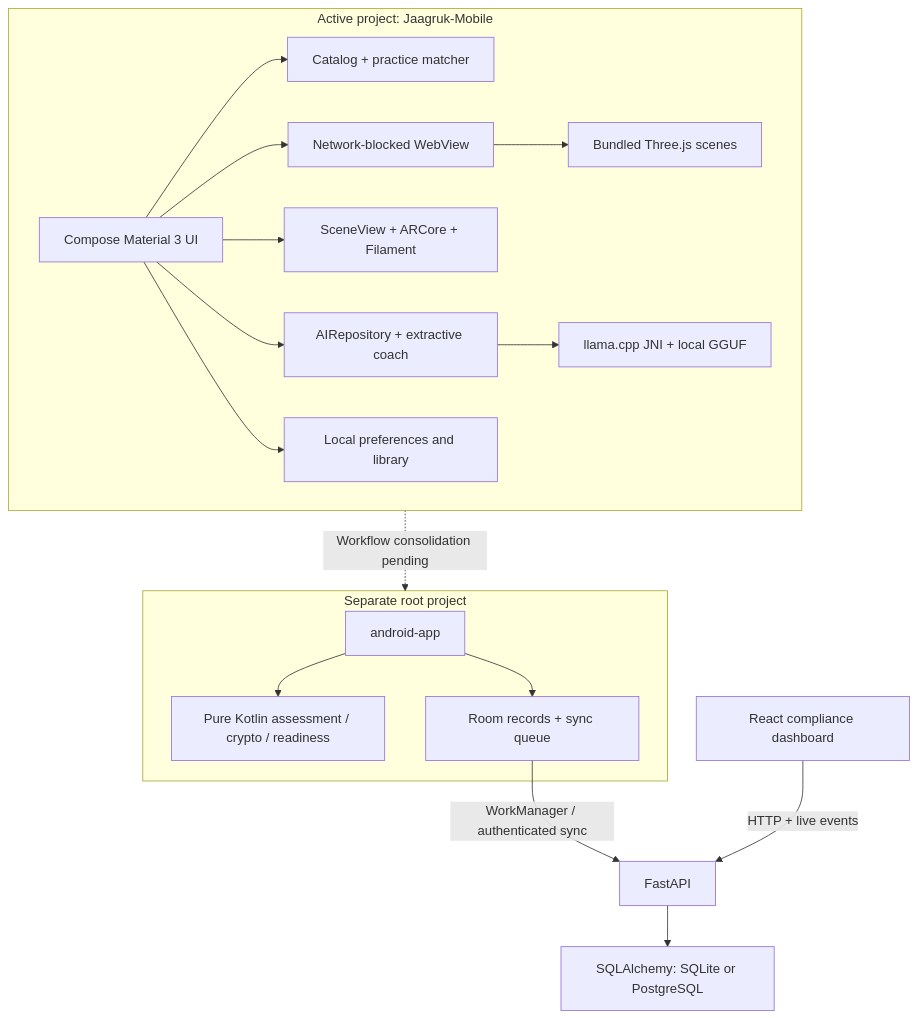
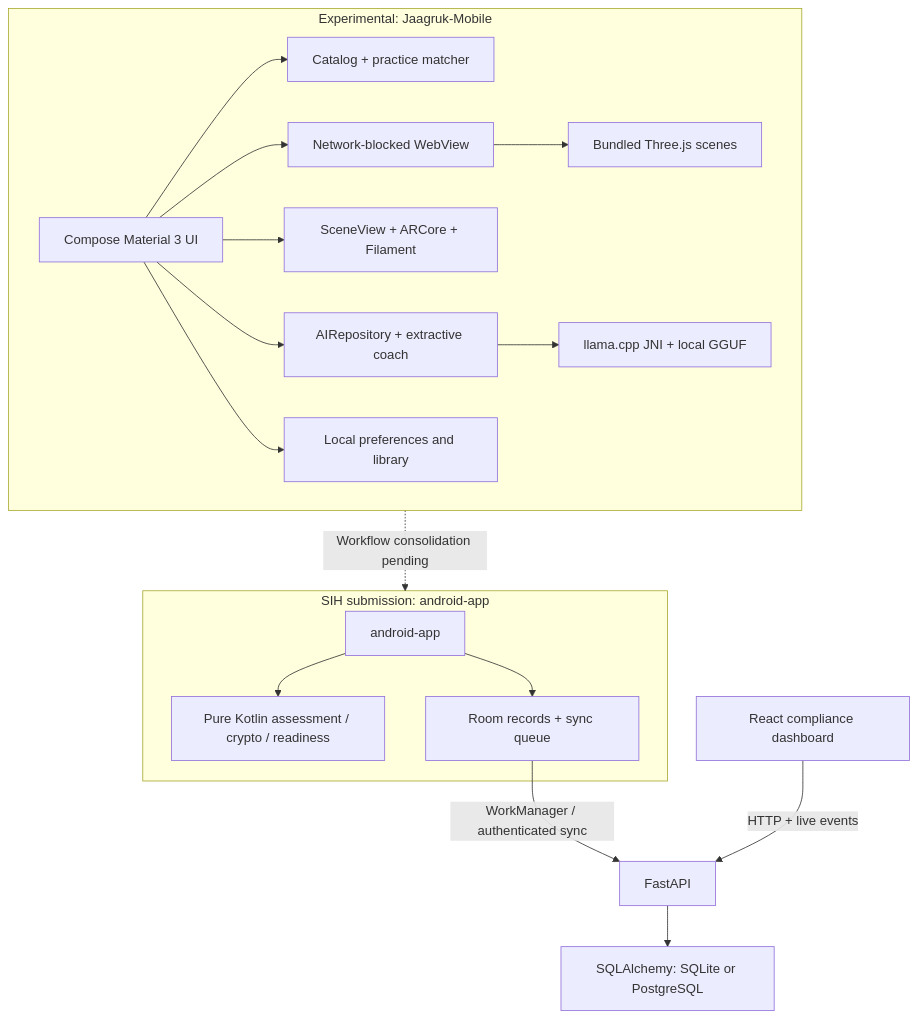
The first of 6 diagrams in README.md (palakrai573/Jaagruk-app), drawn with Mermaid before and after one commit. The commit also changed other lines of this file and 17 other files, not shown here.

````diff
--- a/README.md
+++ b/README.md
@@ -122,31 +147,31 @@
 ```mermaid
 flowchart TB
-    subgraph MOBILE["Active project: Jaagruk-Mobile"]
+    subgraph MOBILE["Experimental: Jaagruk-Mobile"]
         UI["Compose Material 3 UI"]
         PRACTICE["Catalog + practice matcher"]
         WEBVIEW["Network-blocked WebView"]
         THREE["Bundled Three.js scenes"]
         AR["SceneView + ARCore + Filament"]
         COACH["AIRepository + extractive coach"]
         ENGINE["llama.cpp JNI + local GGUF"]
         LOCAL["Local preferences and library"]
         UI --> PRACTICE
         UI --> WEBVIEW --> THREE
         UI --> AR
         UI --> COACH --> ENGINE
         UI --> LOCAL
     end
 
-    subgraph COMPLIANCE["Separate root project"]
+    subgraph COMPLIANCE["SIH submission: android-app"]
         APP["android-app"]
         CORE["Pure Kotlin assessment / crypto / readiness"]
         ROOM["Room records + sync queue"]
         APP --> CORE
         APP --> ROOM
     end
 
     ROOM -->|"WorkManager / authenticated sync"| API["FastAPI"]
     API --> DB["SQLAlchemy: SQLite or PostgreSQL"]
     DASH["React compliance dashboard"] -->|"HTTP + live events"| API
     MOBILE -. "Workflow consolidation pending" .-> COMPLIANCE
 ```
````
